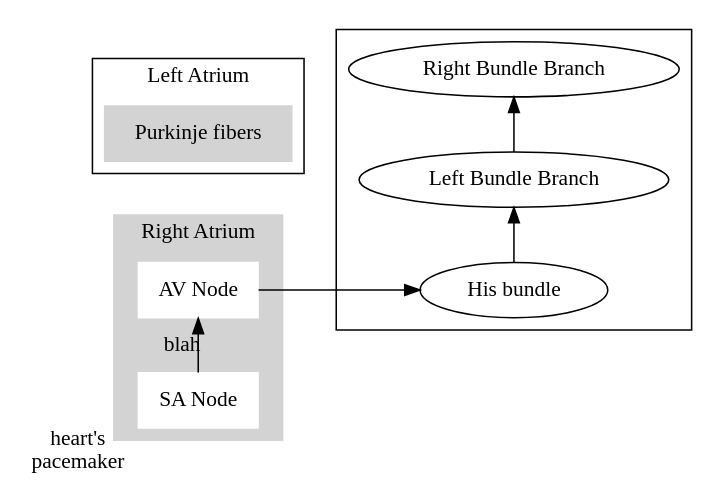
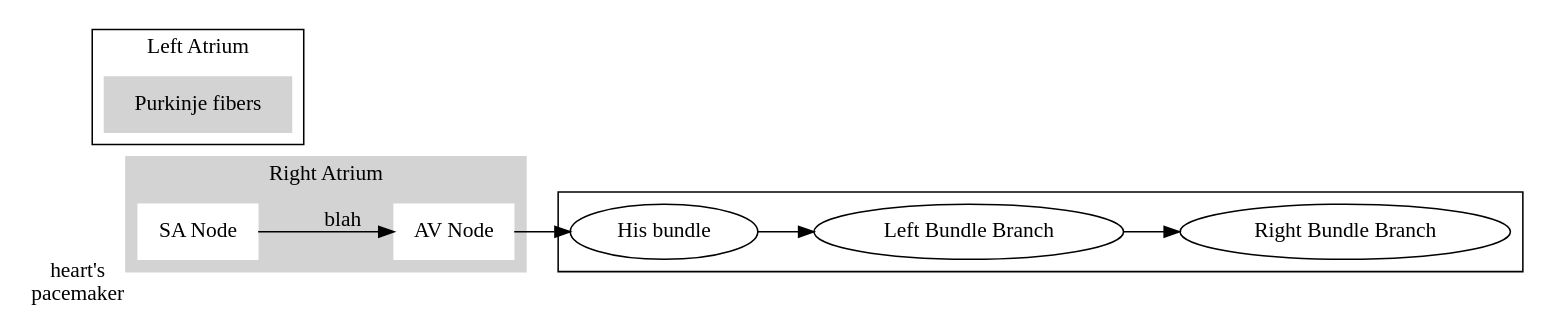
Before and after one commit to meirisoda/school_spring2024: the diagram in NURS380_Practicum/Topics/EKG/EKG and Rhythms.md, drawn with Graphviz.

Commit message:
vault backup: 2024-02-19 17:36:27

````diff
--- a/NURS380_Practicum/Topics/EKG/EKG and Rhythms.md
+++ b/NURS380_Practicum/Topics/EKG/EKG and Rhythms.md
@@ -175,36 +175,34 @@
 ```dot
 digraph G {
 	rankdir=LR;
-	newrank=true;
 	subgraph cluster_0{
 		rank=same;
 		label="Right Atrium";
 		style=filled;
 		color=lightgrey;
 		node [style=filled,color=white];
-		orientation=L;
 		A [label="SA Node", xlabel="heart's\npacemaker", shape=box];
 		B [label="AV Node", shape=box];
 		
 		A -> B [label="blah"];
 	}
 	
 	subgraph cluster_1 {
 		rank=same;
 		D0 [label="His bundle"];
 		D1 [label="Left Bundle Branch"];
 		D2 [label="Right Bundle Branch"];
 
 		D0 -> D1 -> D2
 	}
 	
 	subgraph cluster_2 {
 		rank=same;
 		label="Left Atrium";
 		node [style=filled, color=lightgrey];
 		C [label="Purkinje fibers", shape=box];
 	}
 
 	B -> D0
 }
 ```
````
